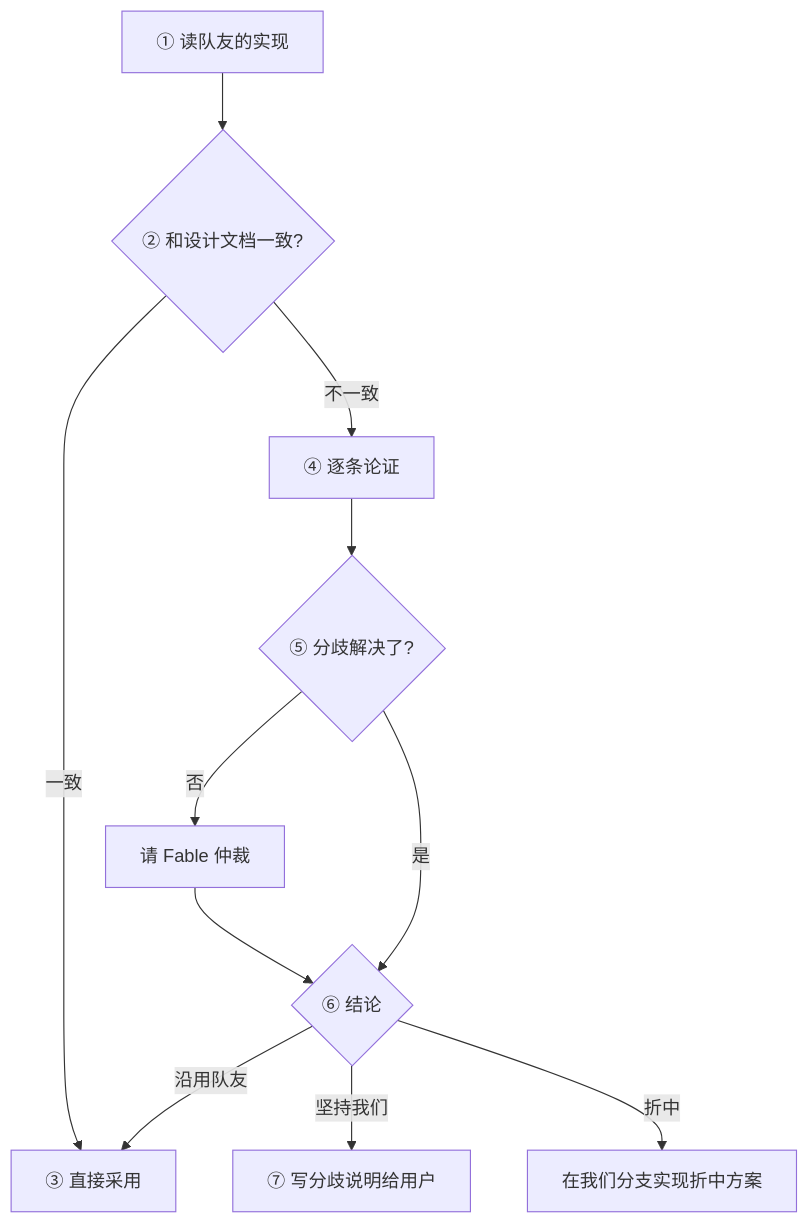
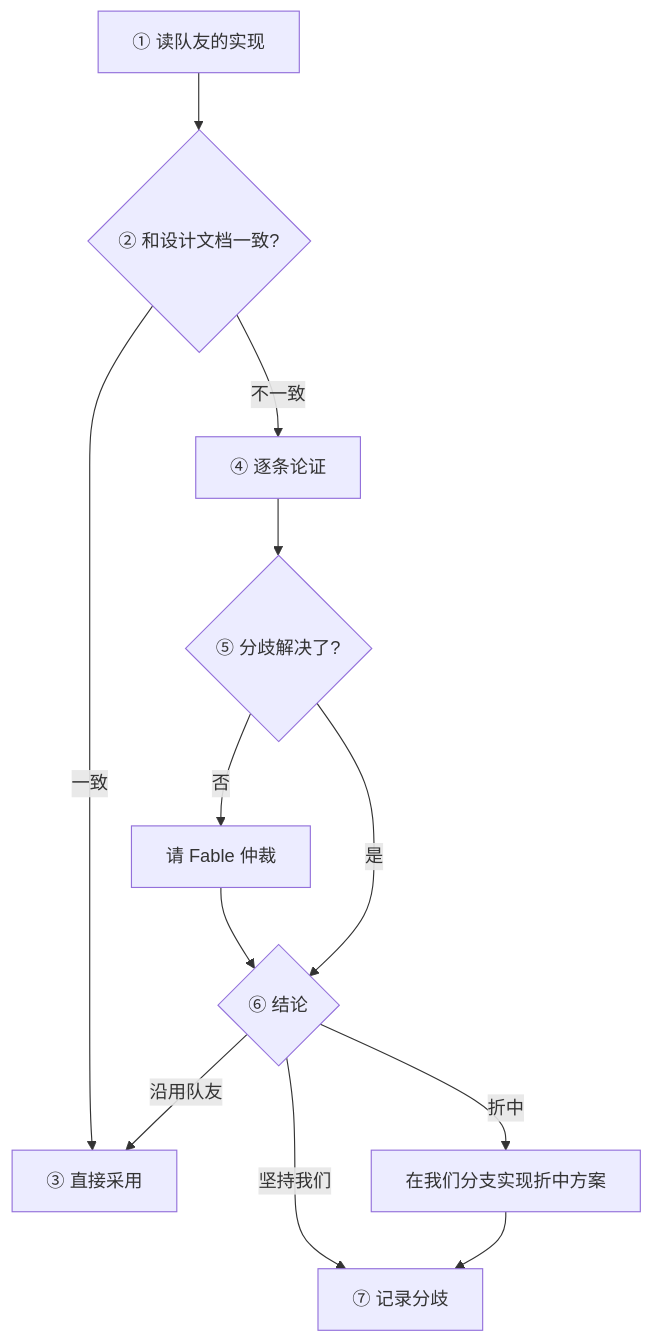
The diagram in CLAUDE.md (cherry-nancy/claims_agentic_system), drawn with Mermaid before and after one commit. The commit also changed other lines of this file and 33 other files, not shown here.

````diff
--- a/CLAUDE.md
+++ b/CLAUDE.md
@@ -136,12 +137,12 @@
 ```mermaid
 flowchart TD
   A["① 读队友的实现"] --> B{"② 和设计文档一致?"}
   B -- 一致 --> C["③ 直接采用"]
   B -- 不一致 --> D["④ 逐条论证"]
   D --> E{"⑤ 分歧解决了?"}
   E -- 否 --> F["请 Fable 仲裁"] --> G
   E -- 是 --> G{"⑥ 结论"}
-  G -- 坚持我们 --> H["⑦ 写分歧说明给用户"]
+  G -- 坚持我们 --> H["⑦ 记录分歧"]
   G -- 沿用队友 --> C
-  G -- 折中 --> I["在我们分支实现折中方案"]
+  G -- 折中 --> I["在我们分支实现折中方案"] --> H
 ```
````
